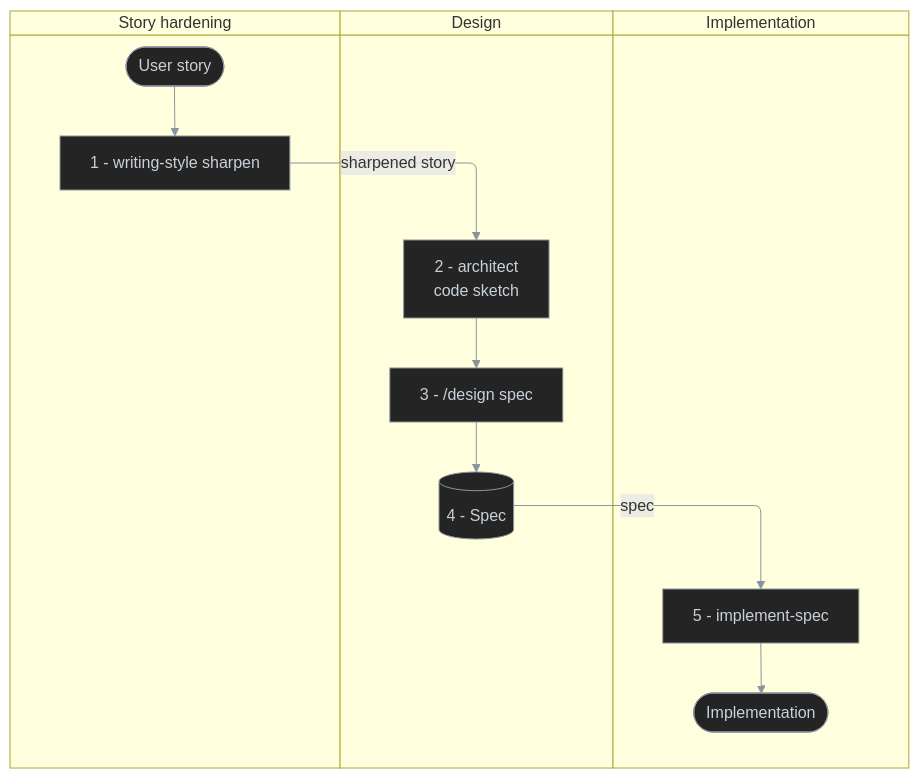
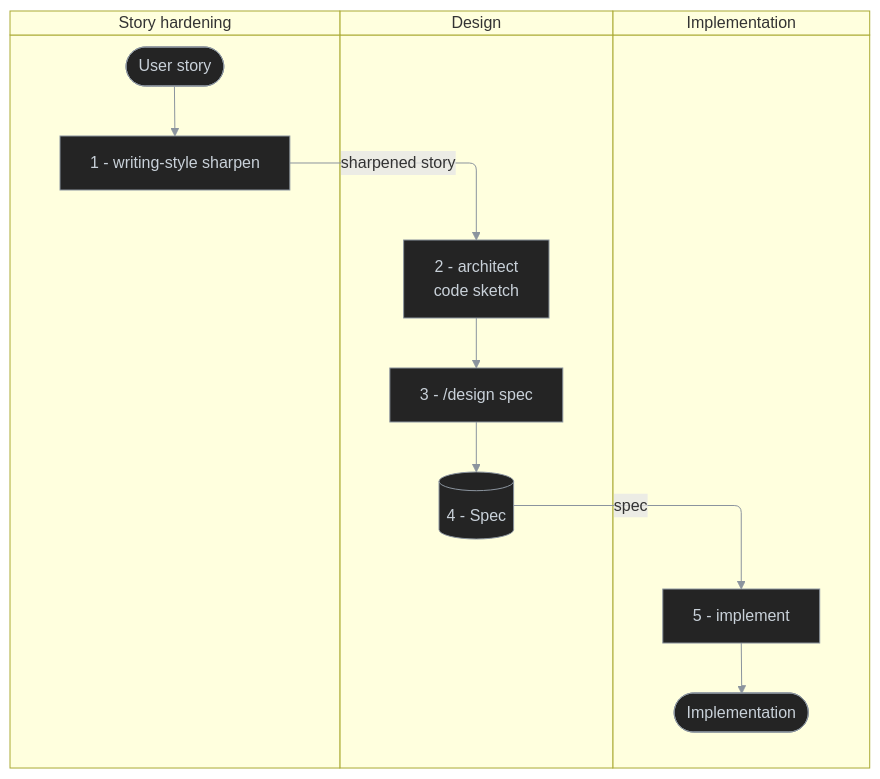
Before and after one commit to antshc/brain: the third of 4 diagrams in plugins/wf/README.md, drawn with Mermaid. The commit also changed other lines of this file and 12 other files, not shown here.

````diff
--- a/plugins/wf/README.md
+++ b/plugins/wf/README.md
@@ -115,27 +115,27 @@
 ```mermaid
 %%{init: {'themeVariables': {'lineColor': '#8b949e'}}}%%
 %% diagram-id: wf-story-to-implementation-swimlane
 swimlane-beta TB
   accTitle: Story to implementation responsibility
-  accDescr: Shows one User story sharpened, sketched by architect, turned into a spec, and implemented by implement-spec.
+  accDescr: Shows one User story sharpened, sketched by architect, turned into a spec, and implemented by implement.
 
   subgraph story [Story hardening]
     userStory([User story])
     sharpen[1 - writing-style sharpen]
   end
 
   subgraph design [Design]
     architect[2 - architect<br/>code sketch]
     toSpec[3 - /design spec]
     spec[(4 - Spec)]
   end
 
   subgraph implementation [Implementation]
-    implementSpec[5 - implement-spec]
+    implementSpec[5 - implement]
     done([Implementation])
   end
 
   userStory --> sharpen -->|sharpened story| architect --> toSpec --> spec -->|spec| implementSpec --> done
 
   classDef default fill:#242424,stroke:#8b949e,color:#c9d1d9,stroke-width:1px
 ```
````
